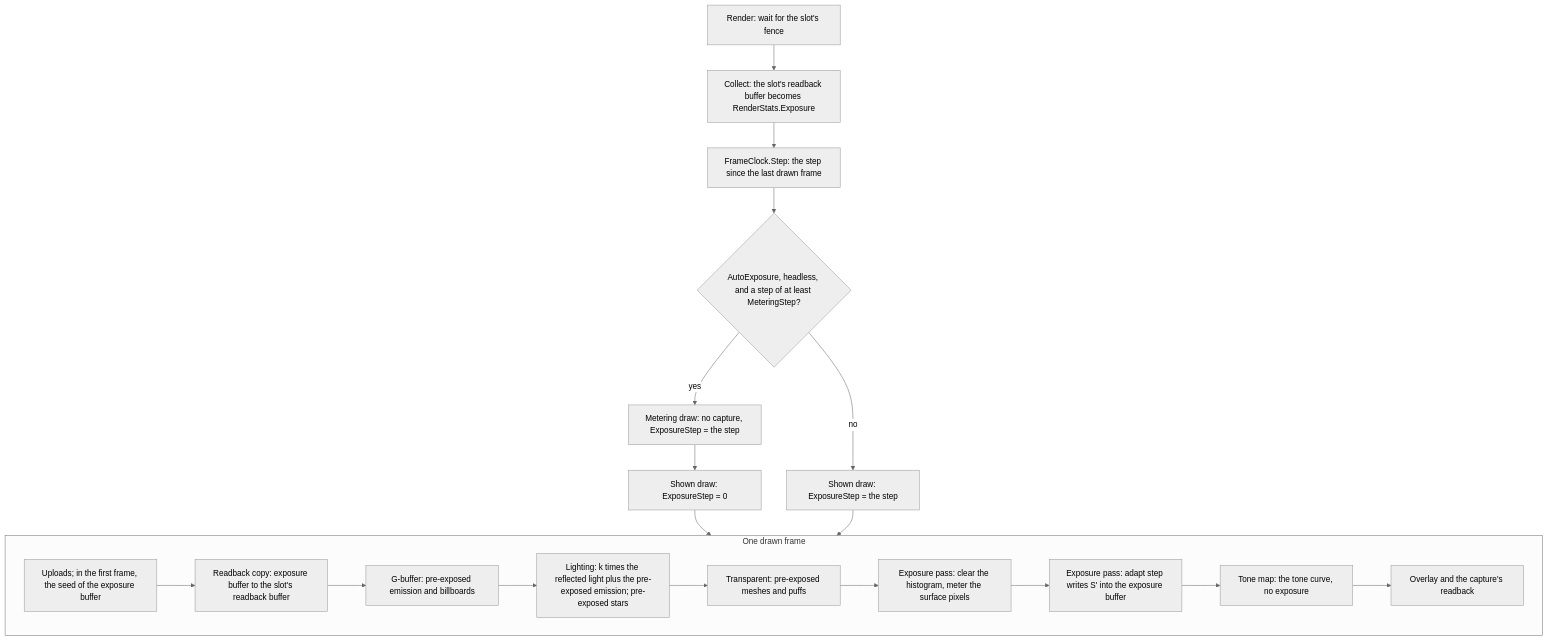
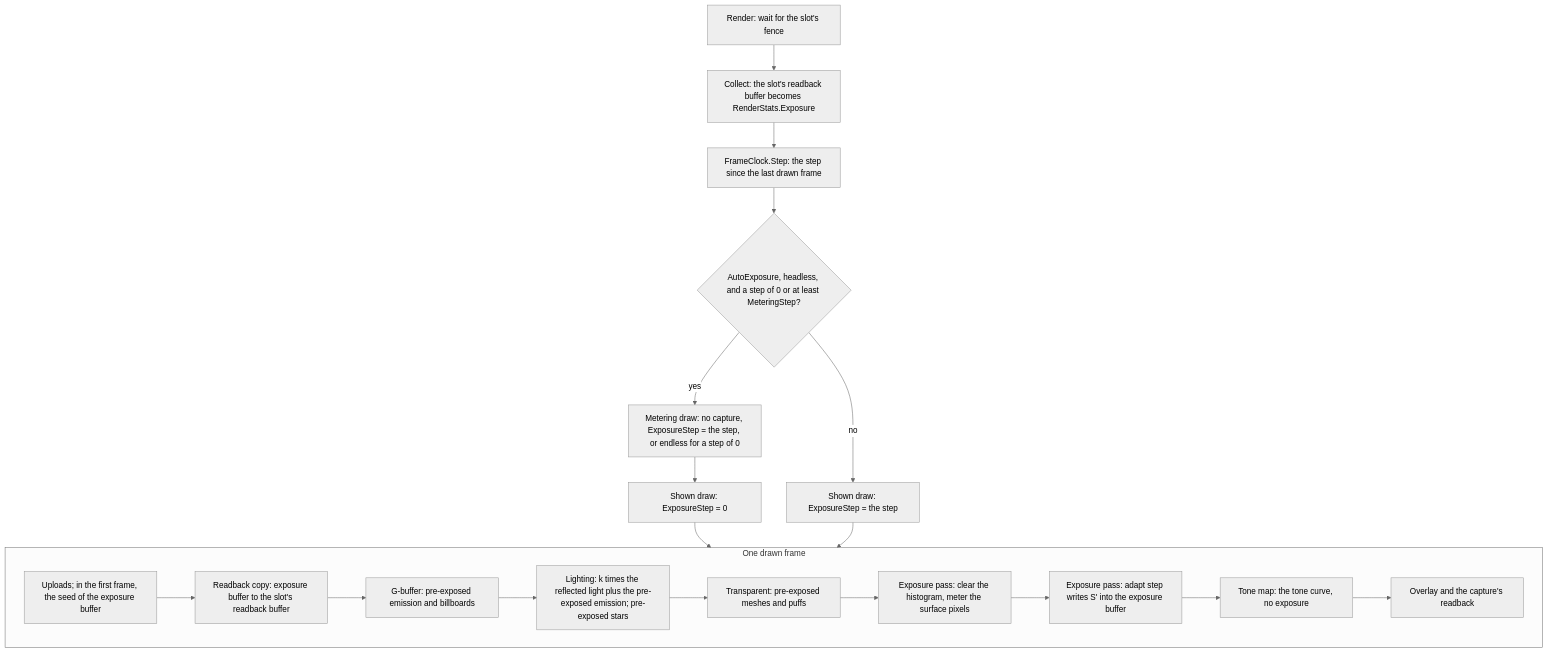
Before and after one commit to alexispurslane/tertius: the diagram in docs/plans/auto-exposure.md, drawn with Mermaid (neutral theme). The commit also changed other lines of this file and 4 other files, not shown here.

````diff
--- a/docs/plans/auto-exposure.md
+++ b/docs/plans/auto-exposure.md
@@ -725,21 +735,21 @@
 ```mermaid
 flowchart TD
     W["Render: wait for the slot's fence"] --> C["Collect: the slot's readback buffer becomes RenderStats.Exposure"]
     C --> K["FrameClock.Step: the step since the last drawn frame"]
-    K --> Q{"AutoExposure, headless, and a step of at least MeteringStep?"}
-    Q -- yes --> MD["Metering draw: no capture, ExposureStep = the step"]
+    K --> Q{"AutoExposure, headless, and a step of 0 or at least MeteringStep?"}
+    Q -- yes --> MD["Metering draw: no capture, ExposureStep = the step, or endless for a step of 0"]
     MD --> SD0["Shown draw: ExposureStep = 0"]
     Q -- no --> SD1["Shown draw: ExposureStep = the step"]
     SD0 --> D
     SD1 --> D
     subgraph D["One drawn frame"]
         U["Uploads; in the first frame, the seed of the exposure buffer"] --> R["Readback copy: exposure buffer to the slot's readback buffer"]
         R --> G["G-buffer: pre-exposed emission and billboards"]
         G --> L["Lighting: k times the reflected light plus the pre-exposed emission; pre-exposed stars"]
         L --> T["Transparent: pre-exposed meshes and puffs"]
         T --> M["Exposure pass: clear the histogram, meter the surface pixels"]
         M --> A["Exposure pass: adapt step writes S' into the exposure buffer"]
         A --> TM["Tone map: the tone curve, no exposure"]
         TM --> O["Overlay and the capture's readback"]
     end
 ```
````
